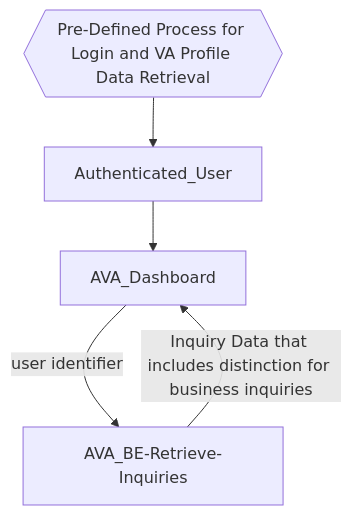
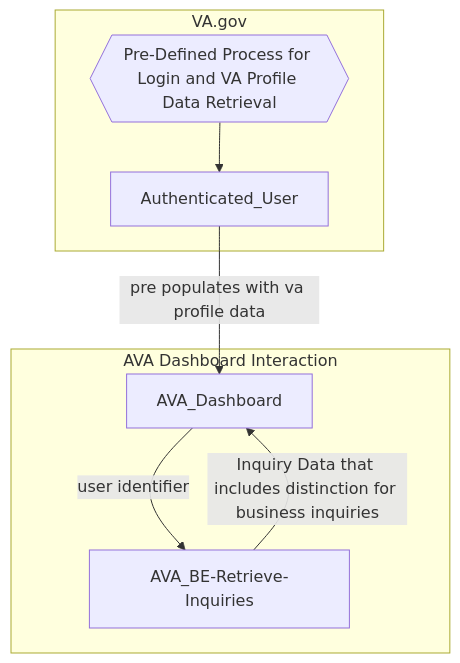
The second of 4 diagrams in products/ask-va/integration/va_profile/Profile_Processes.md (department-of-veterans-affairs/va.gov-team), drawn with Mermaid before and after one commit. The commit also changed other lines of this file, not shown here.

Commit message:
updated flowcharts

````diff
--- a/products/ask-va/integration/va_profile/Profile_Processes.md
+++ b/products/ask-va/integration/va_profile/Profile_Processes.md
@@ -36,7 +36,11 @@
 ```mermaid
 flowchart TB
+    subgraph AVA Dashboard Interaction
+    AVA_Dashboard-->|user identifier|AVA_BE-Retrieve-Inquiries
+    AVA_BE-Retrieve-Inquiries-->|Inquiry Data that includes distinction for business inquiries|AVA_Dashboard    
+    end
+    subgraph VA.gov
     Predefined-Login-Process{{Pre-Defined Process for Login and VA Profile Data Retrieval}}-->Authenticated_User
-    Authenticated_User-->AVA_Dashboard
-    AVA_Dashboard-->|user identifier|AVA_BE-Retrieve-Inquiries
-    AVA_BE-Retrieve-Inquiries-->|Inquiry Data that includes distinction for business inquiries|AVA_Dashboard
+    Authenticated_User-->|pre populates with va profile data|AVA_Dashboard
+    end
 ```
````
